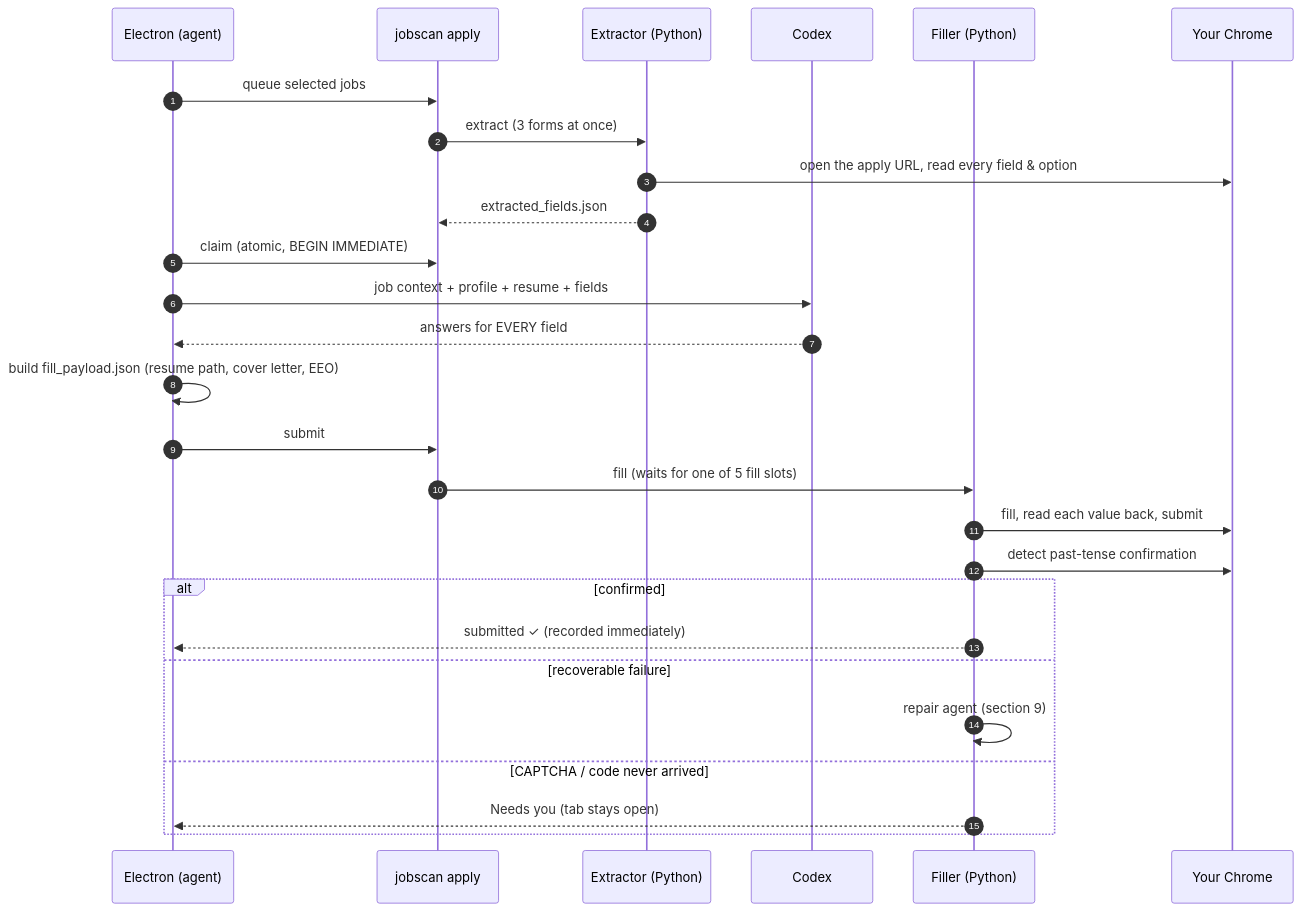
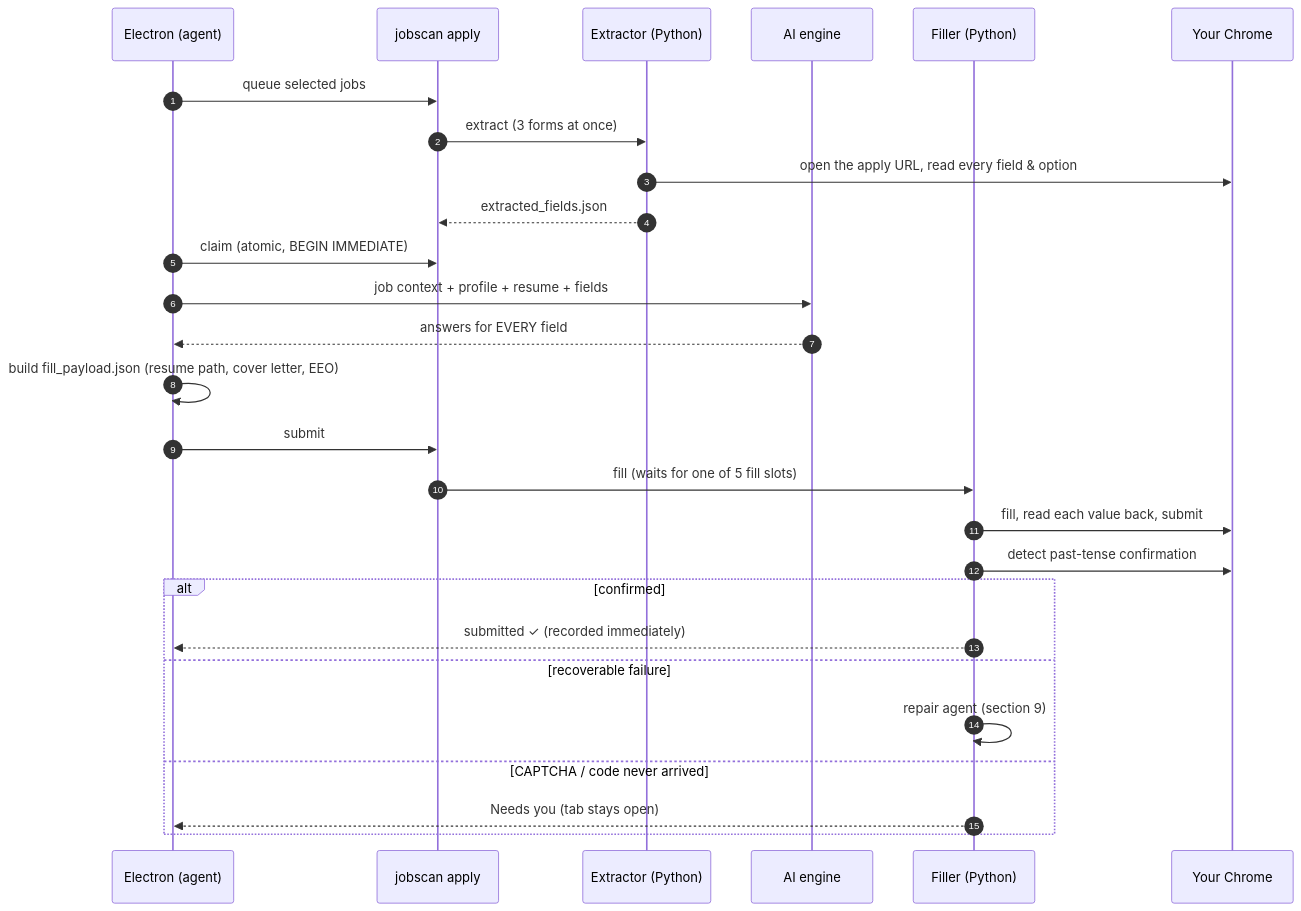
The third of 5 diagrams in README.md (tarunmovva/JobScanAI), drawn with Mermaid before and after one commit. The commit also changed other lines of this file and 21 other files, not shown here.

````diff
--- a/README.md
+++ b/README.md
@@ -404,30 +409,30 @@
 ```mermaid
 sequenceDiagram
     autonumber
     participant App as Electron (agent)
     participant Go as jobscan apply
     participant Ex as Extractor (Python)
-    participant Cx as Codex
+    participant Cx as AI engine
     participant Fi as Filler (Python)
     participant Ch as Your Chrome
 
     App->>Go: queue selected jobs
     Go->>Ex: extract (3 forms at once)
     Ex->>Ch: open the apply URL, read every field & option
     Ex-->>Go: extracted_fields.json
     App->>Go: claim (atomic, BEGIN IMMEDIATE)
     App->>Cx: job context + profile + resume + fields
     Cx-->>App: answers for EVERY field
     App->>App: build fill_payload.json (resume path, cover letter, EEO)
     App->>Go: submit
     Go->>Fi: fill (waits for one of 5 fill slots)
     Fi->>Ch: fill, read each value back, submit
     Fi->>Ch: detect past-tense confirmation
     alt confirmed
         Fi-->>App: submitted ✓ (recorded immediately)
     else recoverable failure
         Fi->>Fi: repair agent (section 9)
     else CAPTCHA / code never arrived
         Fi-->>App: Needs you (tab stays open)
     end
 ```
````
